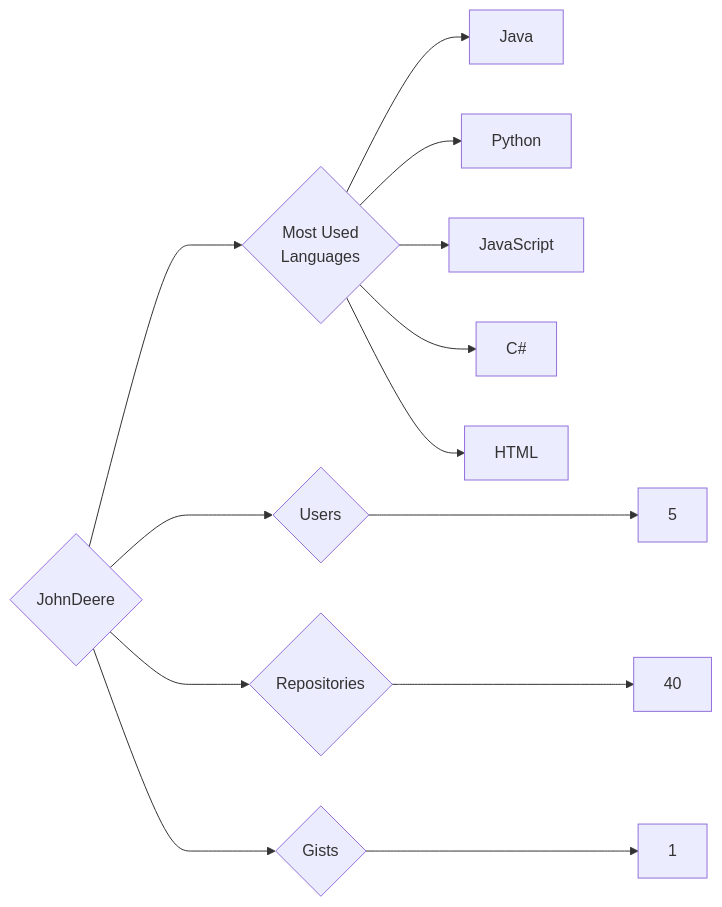
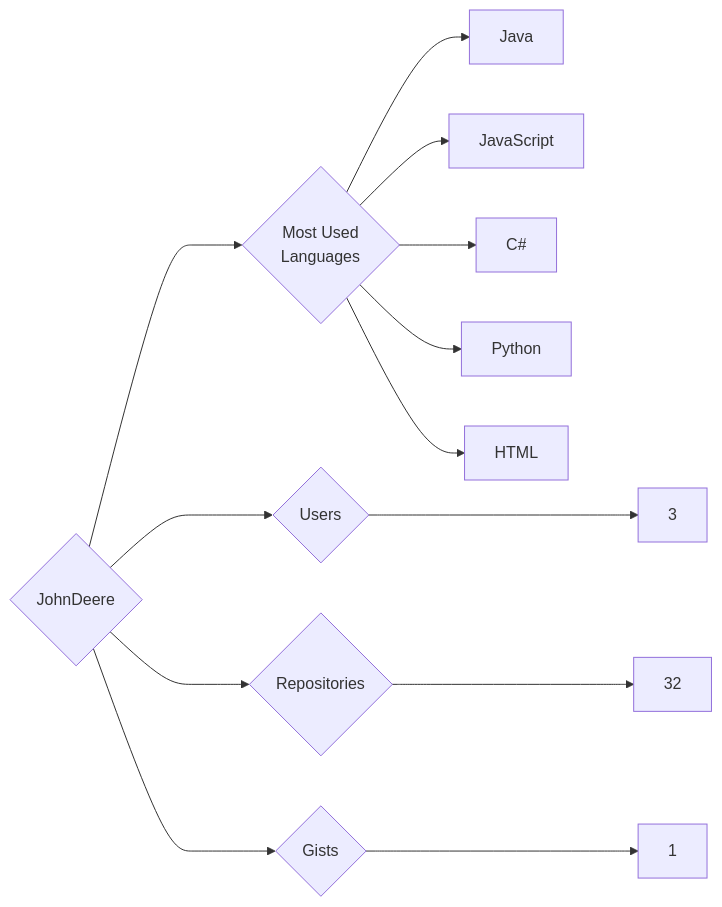
One commit to trickest/insiders changed the diagram in targets/JohnDeere/README.md. Above: the diagram before and after it, drawn with Mermaid. The commit also changed 679 other files, not shown here.

````diff
--- a/targets/JohnDeere/README.md
+++ b/targets/JohnDeere/README.md
@@ -3,13 +3,13 @@
 ```mermaid
 graph LR
 COMPANY_NAME{JohnDeere}
-COMPANY_NAME ---> U{Users} ---> UN[5]
-COMPANY_NAME ---> R{Repositories} ---> RN[40]
+COMPANY_NAME ---> U{Users} ---> UN[3]
+COMPANY_NAME ---> R{Repositories} ---> RN[32]
 COMPANY_NAME ---> G{Gists} ---> GN[1]
 COMPANY_NAME ---> ML{Most Used<br>Languages}
 ML --> Java[Java]
-ML --> Python[Python]
 ML --> JavaScript[JavaScript]
 ML --> C#[C#]
+ML --> Python[Python]
 ML --> HTML[HTML]
 ```
````
